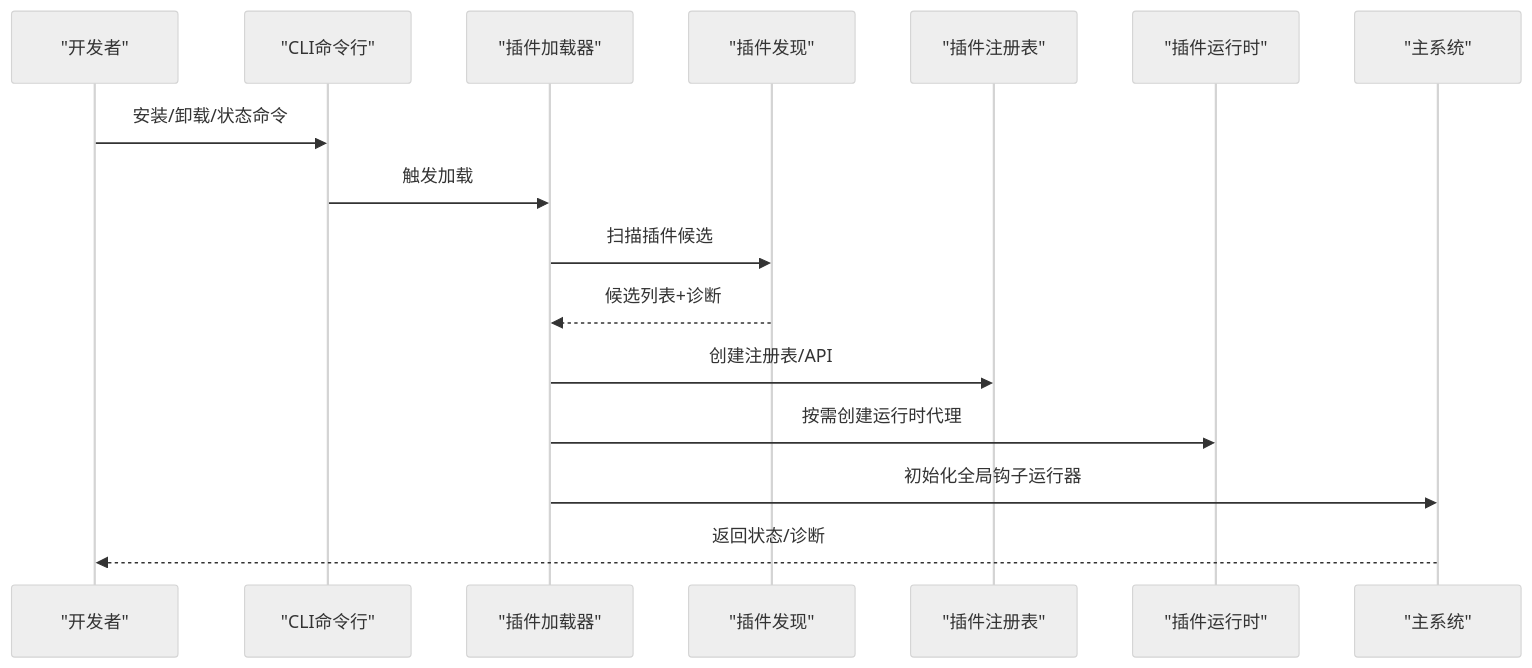
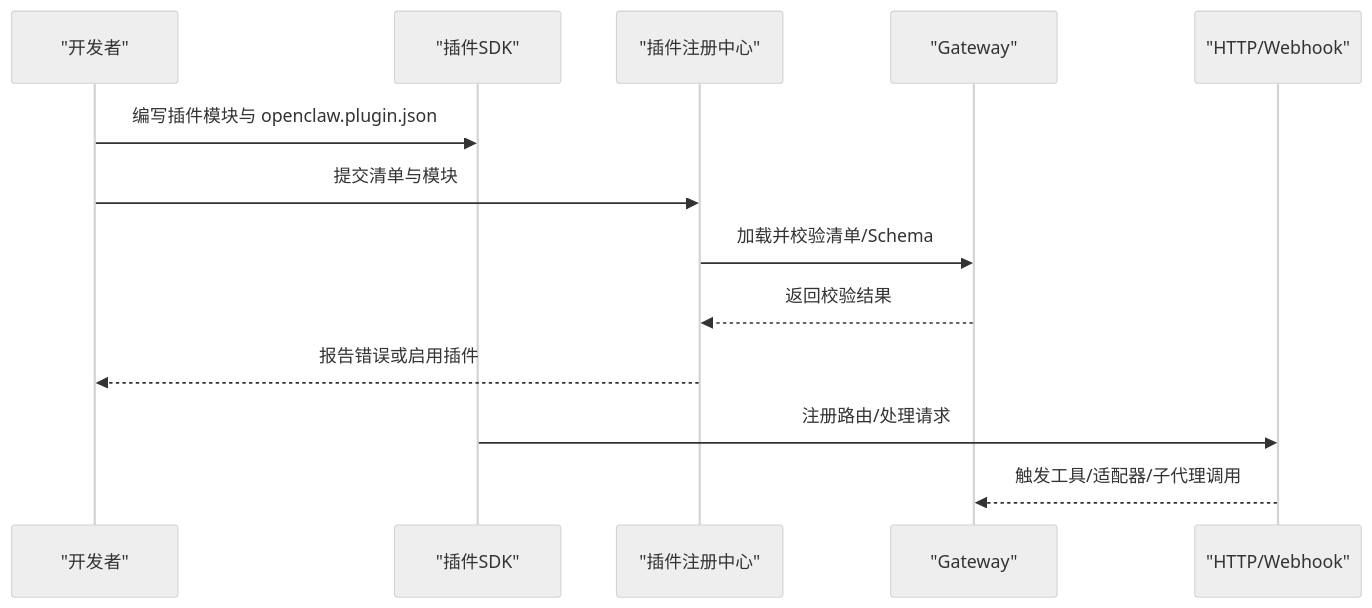
The second of 7 diagrams in repowiki/zh/content/插件系统/插件系统.md (botx-work/OpenClaw-Internals), drawn with Mermaid (neutral theme) before and after one commit. The commit also changed other lines of this file and 542 other files, not shown here.

````diff
--- a/repowiki/zh/content/插件系统/插件系统.md
+++ b/repowiki/zh/content/插件系统/插件系统.md
@@ -120,18 +92,15 @@
 ```mermaid
 sequenceDiagram
 participant Dev as "开发者"
-participant CLI as "CLI命令行"
-participant Loader as "插件加载器"
-participant Disc as "插件发现"
-participant Reg as "插件注册表"
-participant RT as "插件运行时"
-participant Main as "主系统"
-Dev->>CLI : 安装/卸载/状态命令
-CLI->>Loader : 触发加载
-Loader->>Disc : 扫描插件候选
-Disc-->>Loader : 候选列表+诊断
-Loader->>Reg : 创建注册表/API
-Loader->>RT : 按需创建运行时代理
-Loader->>Main : 初始化全局钩子运行器
-Main-->>Dev : 返回状态/诊断
+participant SDK as "插件SDK"
+participant Reg as "插件注册中心"
+participant GW as "Gateway"
+participant HTTP as "HTTP/Webhook"
+Dev->>SDK : 编写插件模块与 openclaw.plugin.json
+Dev->>Reg : 提交清单与模块
+Reg->>GW : 加载并校验清单/Schema
+GW-->>Reg : 返回校验结果
+Reg-->>Dev : 报告错误或启用插件
+SDK->>HTTP : 注册路由/处理请求
+HTTP-->>GW : 触发工具/适配器/子代理调用
 ```
````
